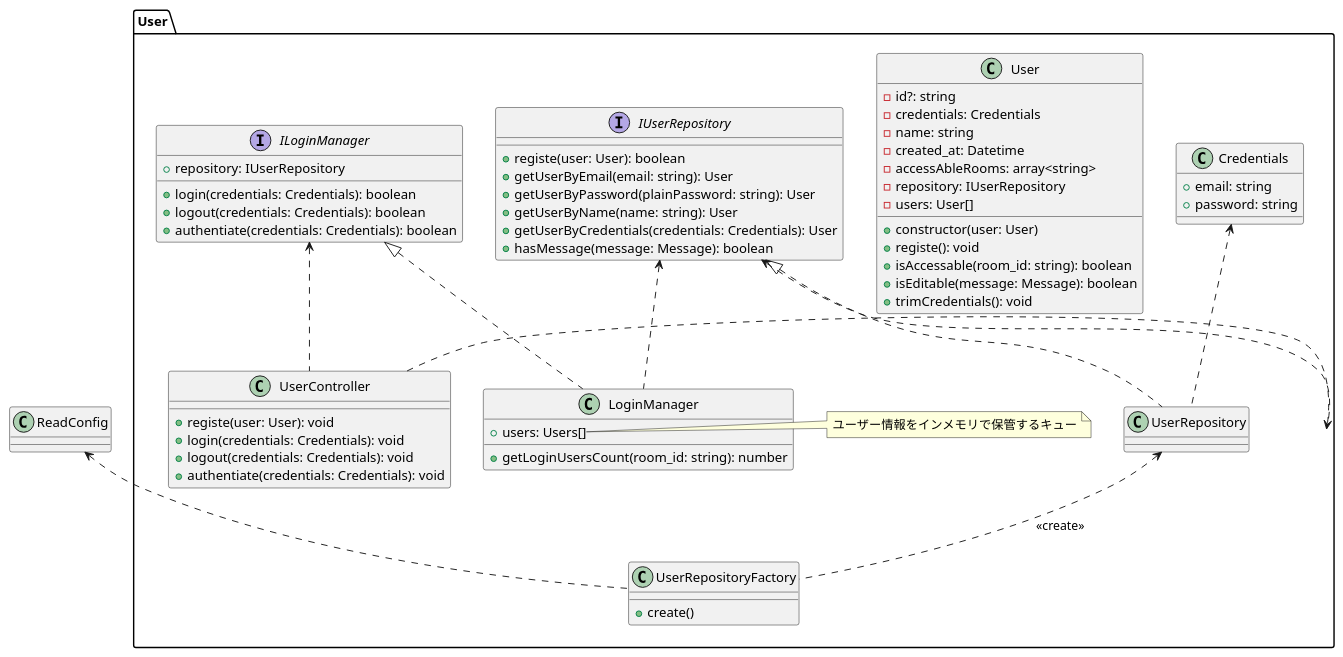
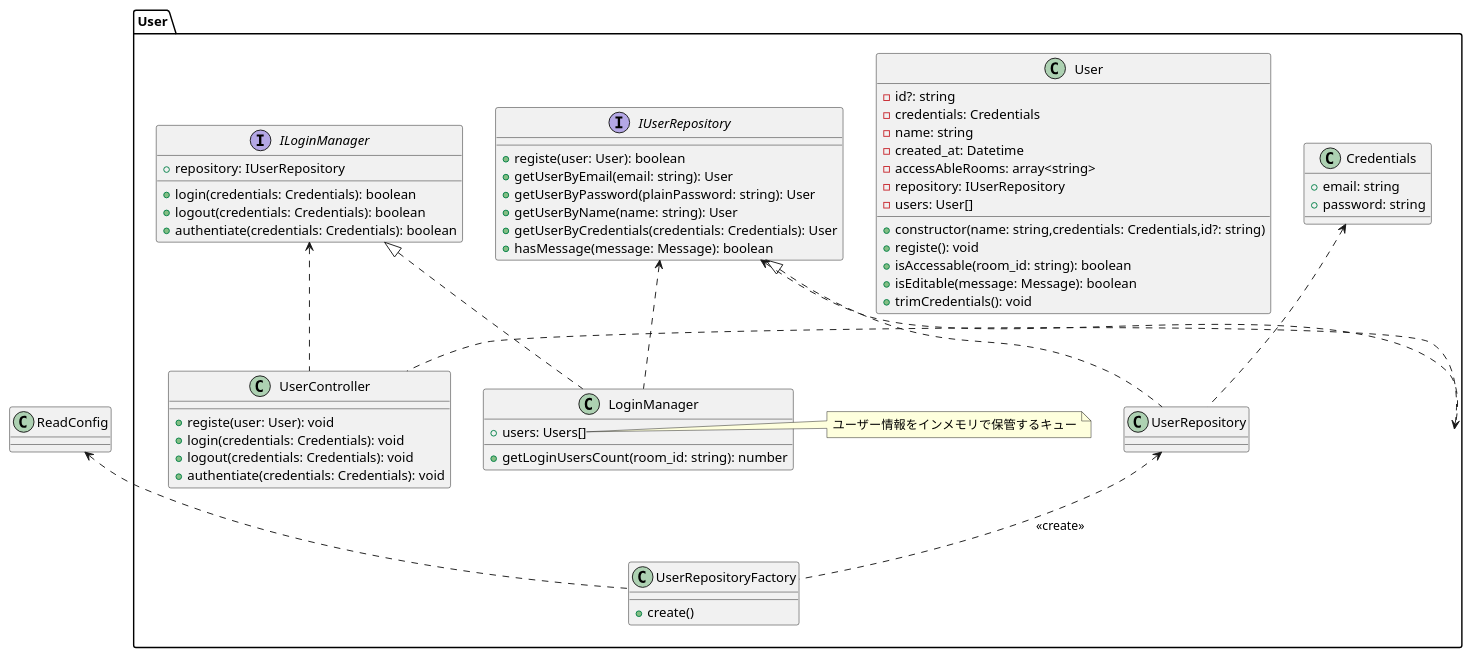
Before and after one commit to TOnodera/chatterman: the diagram in documents/plantUML/クラス図/サーバー/クラス図User.wsd, drawn with PlantUML. The commit also changed 12 other files, not shown here.

```diff
--- a/documents/plantUML/クラス図/サーバー/クラス図User.wsd
+++ b/documents/plantUML/クラス図/サーバー/クラス図User.wsd
@@ -1,73 +1,73 @@
 @startuml
 
 package User{
     class Credentials{
         +email: string
         +password: string
     }
 
     class User{
         -id?: string
         -credentials: Credentials
         -name: string
         -created_at: Datetime
         -accessAbleRooms: array<string>
         -repository: IUserRepository
         -users: User[]
-        +constructor(user: User)
+        +constructor(name: string,credentials: Credentials,id?: string)
         +registe(): void
         +isAccessable(room_id: string): boolean
         +isEditable(message: Message): boolean
         +trimCredentials(): void
     }
 
     Interface ILoginManager{
         +repository: IUserRepository
         +login(credentials: Credentials): boolean
         +logout(credentials: Credentials): boolean
         +authentiate(credentials: Credentials): boolean
     }
 
     class LoginManager{
         +users: Users[]
         +getLoginUsersCount(room_id: string): number
     }
     note right of LoginManager::users
         ユーザー情報をインメモリで保管するキュー
     endnote
 
     Interface IUserRepository{
         +registe(user: User): boolean
         +getUserByEmail(email: string): User
         +getUserByPassword(plainPassword: string): User
         +getUserByName(name: string): User
         +getUserByCredentials(credentials: Credentials): User
         +hasMessage(message: Message): boolean
     }
 
     class UserRepository
 
     class UserController{
         +registe(user: User): void
         +login(credentials: Credentials): void
         +logout(credentials: Credentials): void
         +authentiate(credentials: Credentials): void
     }
 
     class UserRepositoryFactory{
         +create()
     }
 
 }
 
 User <.. UserController
 ILoginManager <|.. LoginManager
 ILoginManager <.. UserController
 IUserRepository <.. User
 IUserRepository <.. LoginManager
 ReadConfig <.. UserRepositoryFactory
 IUserRepository <|.. UserRepository
 UserRepository <.. UserRepositoryFactory : <<create>>
 Credentials <.. UserRepository
 
 @enduml
```
